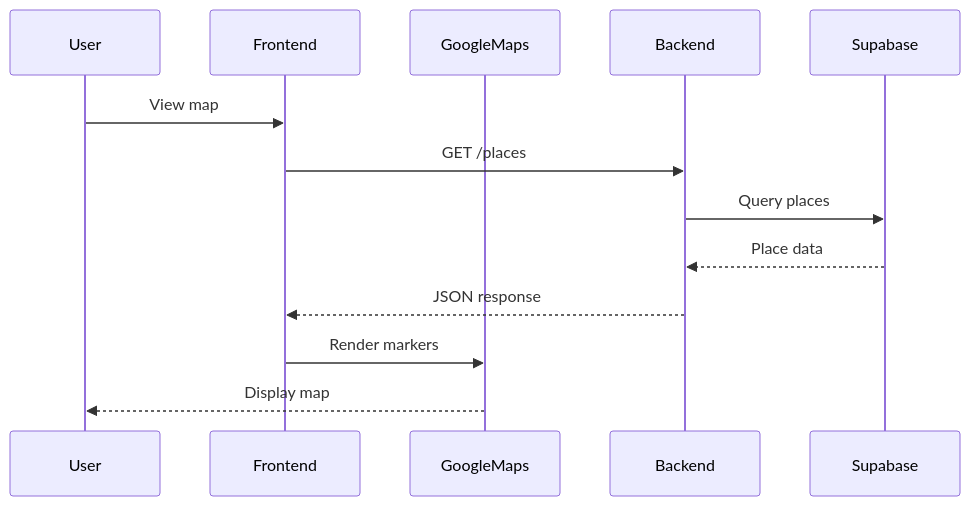
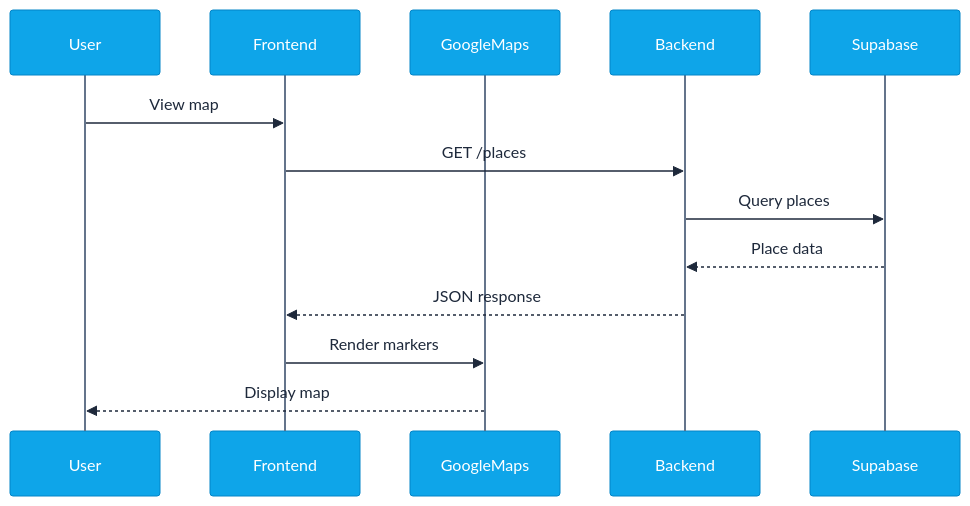
The third of 3 diagrams in docs/tech_guides/INTEGRATION_PLAN.md (ChecKMarKDevTools/underfoot-underground-travel-planner), drawn with Mermaid before and after one commit. The commit also changed other lines of this file and 6 other files, not shown here.

````diff
--- a/docs/tech_guides/INTEGRATION_PLAN.md
+++ b/docs/tech_guides/INTEGRATION_PLAN.md
@@ -161,16 +163,17 @@
 ```mermaid
+%%{init: {'theme':'base', 'themeVariables': { 'actorBkg':'#0ea5e9', 'actorBorder':'#0284c7', 'actorTextColor':'#fff', 'actorLineColor':'#64748b', 'signalColor':'#1e293b', 'signalTextColor':'#1e293b', 'labelBoxBkgColor':'#f1f5f9', 'labelBoxBorderColor':'#94a3b8', 'labelTextColor':'#1e293b', 'loopTextColor':'#1e293b', 'noteBkgColor':'#fef3c7', 'noteBorderColor':'#f59e0b', 'noteTextColor':'#78350f', 'activationBkgColor':'#dbeafe', 'activationBorderColor':'#0ea5e9', 'sequenceNumberColor':'#fff'}}}%%
 sequenceDiagram
     participant User
     participant Frontend
     participant GoogleMaps
     participant Backend
     participant Supabase
     
     User->>Frontend: View map
     Frontend->>Backend: GET /places
     Backend->>Supabase: Query places
     Supabase-->>Backend: Place data
     Backend-->>Frontend: JSON response
     Frontend->>GoogleMaps: Render markers
     GoogleMaps-->>User: Display map
 ```
````
